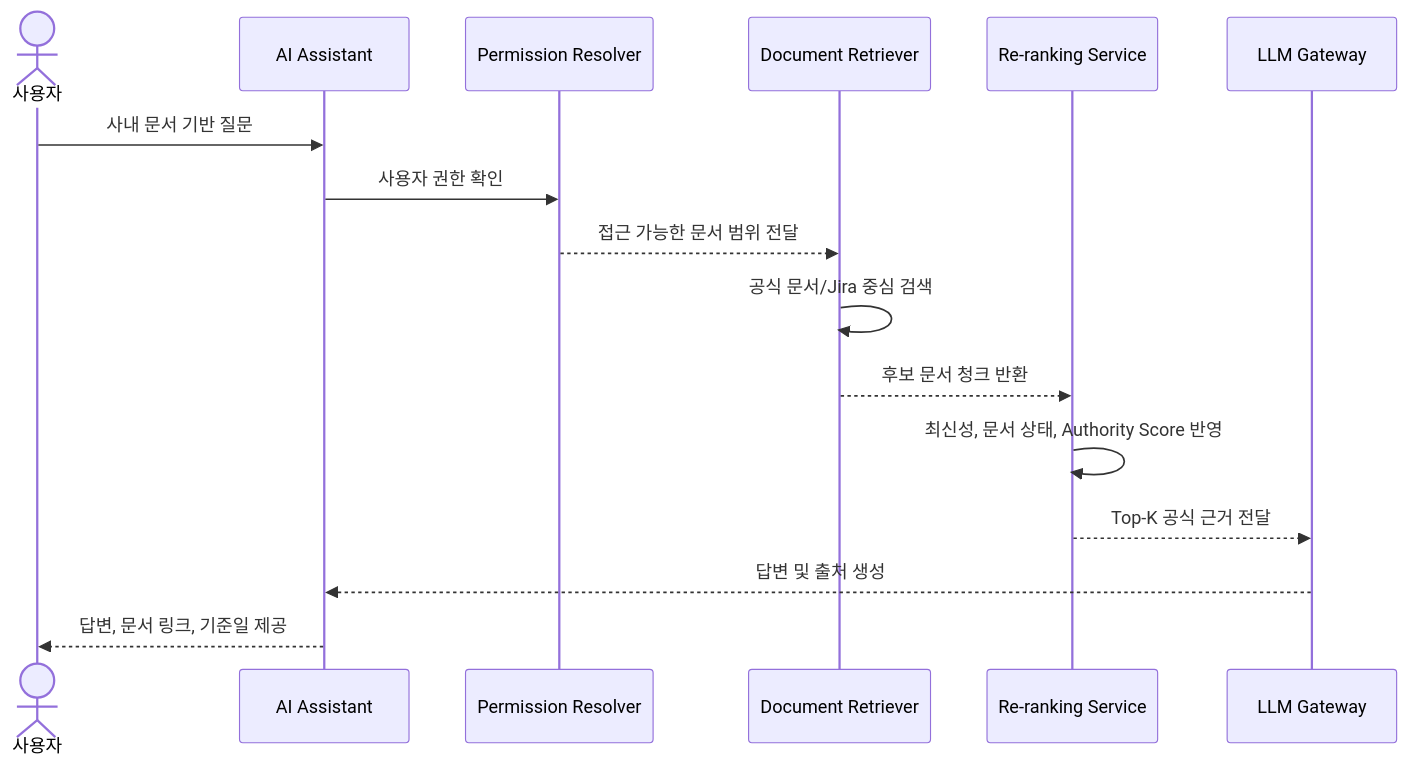
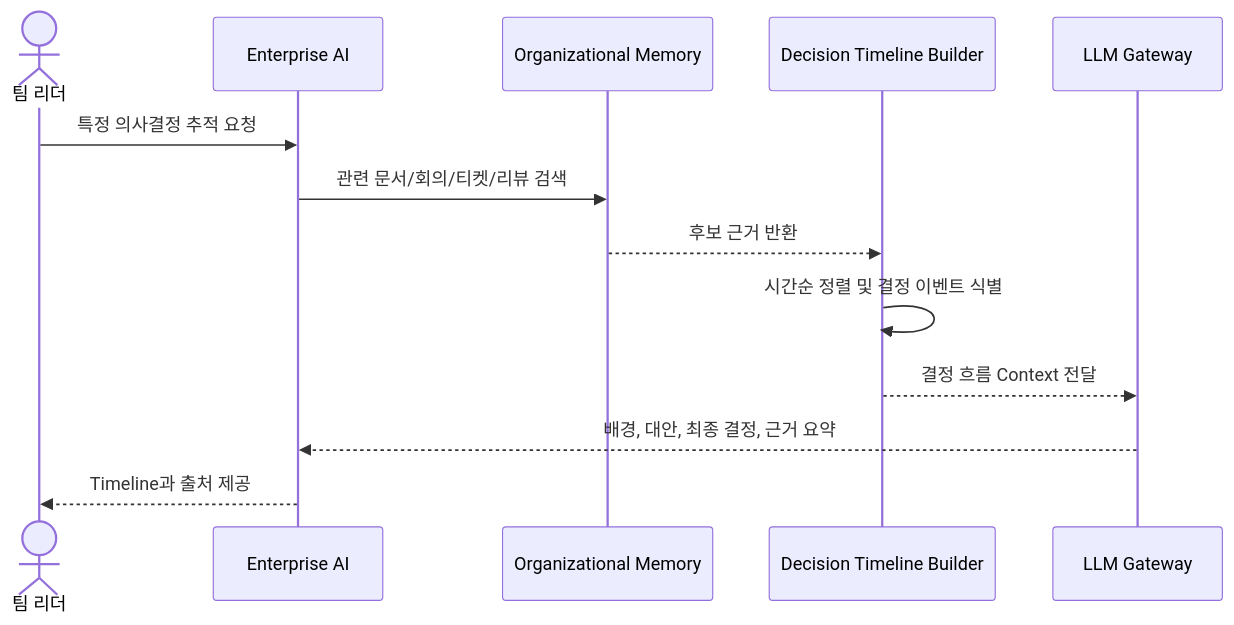
The fourth of 9 diagrams in SPRAG_USE_CASE_DETAILS.md (bshsqa/Archi-Team-ChatAssist), drawn with Mermaid before and after one commit. The commit also changed other lines of this file and 6 other files, not shown here.

````diff
--- a/SPRAG_USE_CASE_DETAILS.md
+++ b/SPRAG_USE_CASE_DETAILS.md
@@ -151,19 +182,16 @@
 ```mermaid
 sequenceDiagram
-    actor User as 사용자
-    participant Assistant as AI Assistant
-    participant Policy as Permission Resolver
-    participant Retriever as Document Retriever
-    participant Reranker as Re-ranking Service
+    actor Lead as 팀 리더
+    participant AI as Enterprise AI
+    participant Memory as Organizational Memory
+    participant Timeline as Decision Timeline Builder
     participant LLM as LLM Gateway
 
-    User->>Assistant: 사내 문서 기반 질문
-    Assistant->>Policy: 사용자 권한 확인
-    Policy-->>Retriever: 접근 가능한 문서 범위 전달
-    Retriever->>Retriever: 공식 문서/Jira 중심 검색
-    Retriever-->>Reranker: 후보 문서 청크 반환
-    Reranker->>Reranker: 최신성, 문서 상태, Authority Score 반영
-    Reranker-->>LLM: Top-K 공식 근거 전달
-    LLM-->>Assistant: 답변 및 출처 생성
-    Assistant-->>User: 답변, 문서 링크, 기준일 제공
+    Lead->>AI: 특정 의사결정 추적 요청
+    AI->>Memory: 관련 문서/회의/티켓/리뷰 검색
+    Memory-->>Timeline: 후보 근거 반환
+    Timeline->>Timeline: 시간순 정렬 및 결정 이벤트 식별
+    Timeline-->>LLM: 결정 흐름 Context 전달
+    LLM-->>AI: 배경, 대안, 최종 결정, 근거 요약
+    AI-->>Lead: Timeline과 출처 제공
 ```
````
